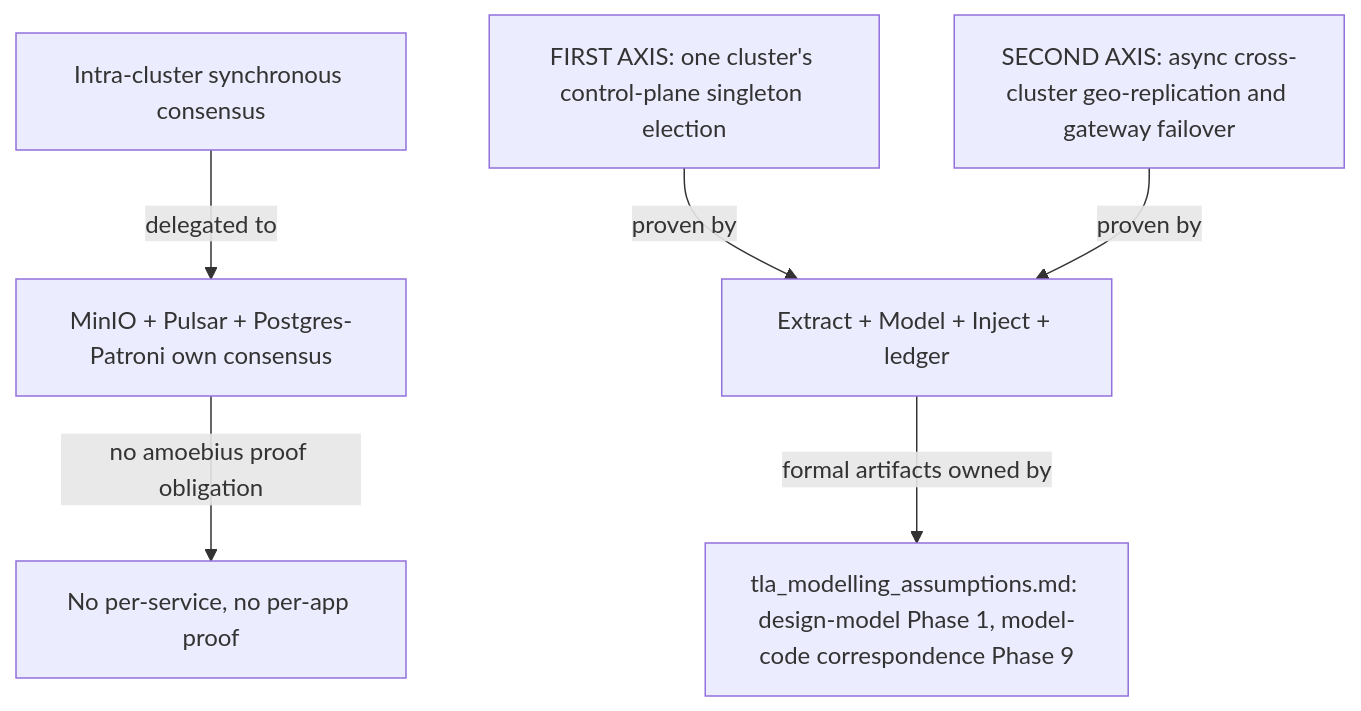
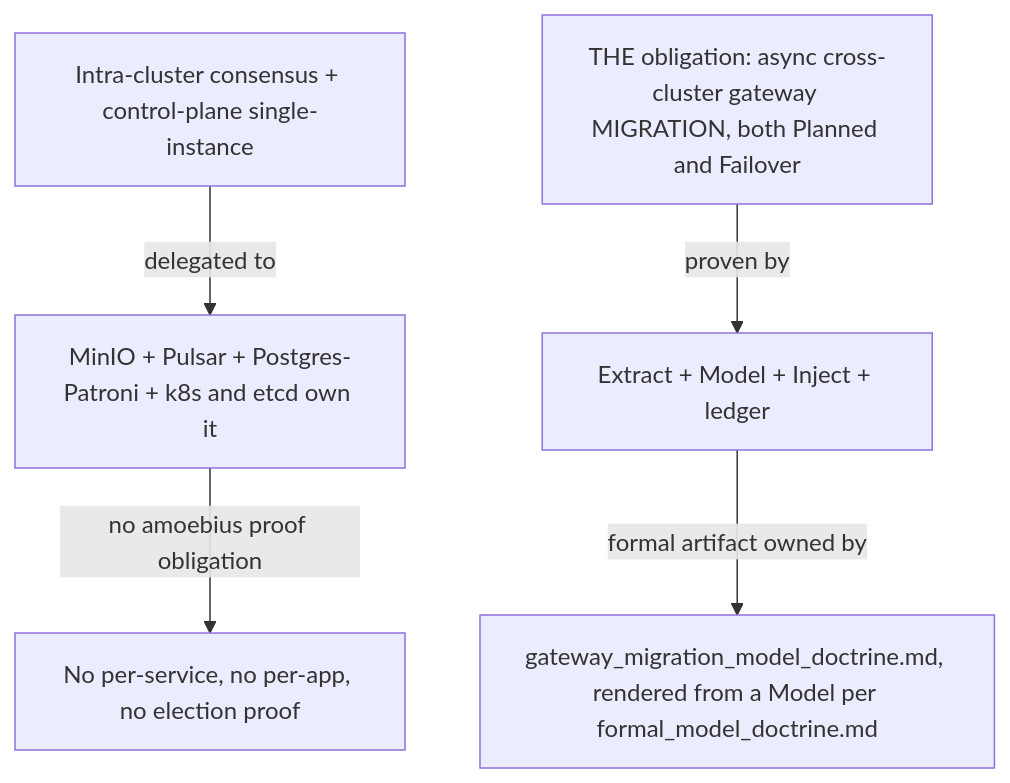
The first of 6 diagrams in documents/engineering/chaos_failover_doctrine.md (Tuee22/amoebius), drawn with Mermaid before and after one commit. The commit also changed other lines of this file and 101 other files, not shown here.

````diff
--- a/documents/engineering/chaos_failover_doctrine.md
+++ b/documents/engineering/chaos_failover_doctrine.md
@@ -250,8 +256,7 @@
 ```mermaid
 flowchart TD
-  delegated[Intra-cluster synchronous consensus] -->|delegated to| systems[MinIO + Pulsar + Postgres-Patroni own consensus]
-  systems -->|no amoebius proof obligation| none[No per-service, no per-app proof]
-  axis1[FIRST AXIS: one cluster's control-plane singleton election] -->|proven by| method[Extract + Model + Inject + ledger]
-  axis2[SECOND AXIS: async cross-cluster geo-replication and gateway failover] -->|proven by| method
-  method -->|formal artifacts owned by| tla[tla_modelling_assumptions.md: design-model Phase 1, model-code correspondence Phase 9]
+  delegated[Intra-cluster consensus + control-plane single-instance] -->|delegated to| systems[MinIO + Pulsar + Postgres-Patroni + k8s and etcd own it]
+  systems -->|no amoebius proof obligation| none[No per-service, no per-app, no election proof]
+  axis[THE obligation: async cross-cluster gateway MIGRATION, both Planned and Failover] -->|proven by| method[Extract + Model + Inject + ledger]
+  method -->|formal artifact owned by| model[gateway_migration_model_doctrine.md, rendered from a Model per formal_model_doctrine.md]
 ```
````
